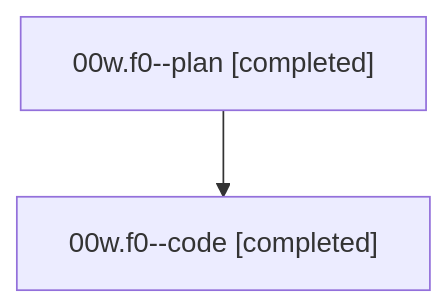
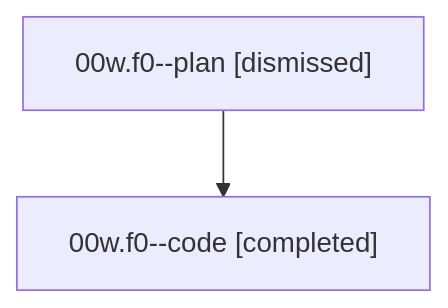
The diagram in families/bbugyi200.athena.00w.f0.md (bobs-org/bob-cli--agents), drawn with Mermaid before and after one commit. The commit also changed other lines of this file and 265 other files, not shown here.

````diff
--- a/families/bbugyi200.athena.00w.f0.md
+++ b/families/bbugyi200.athena.00w.f0.md
@@ -9,6 +9,6 @@
 ```mermaid
 flowchart TD
-  n0["00w.f0--plan [completed]"]
+  n0["00w.f0--plan [dismissed]"]
   n1["00w.f0--code [completed]"]
   n0 --> n1
 ```
````
